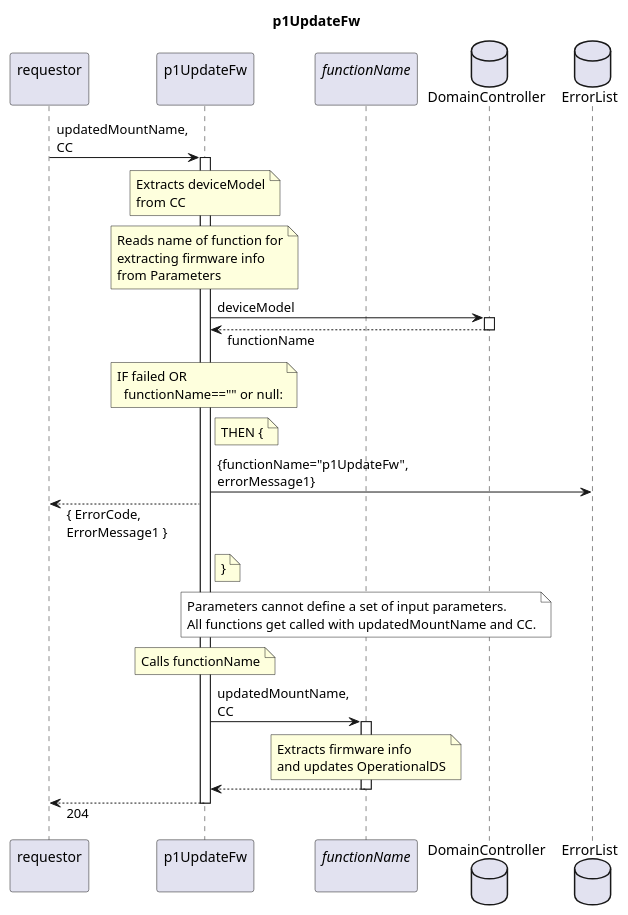
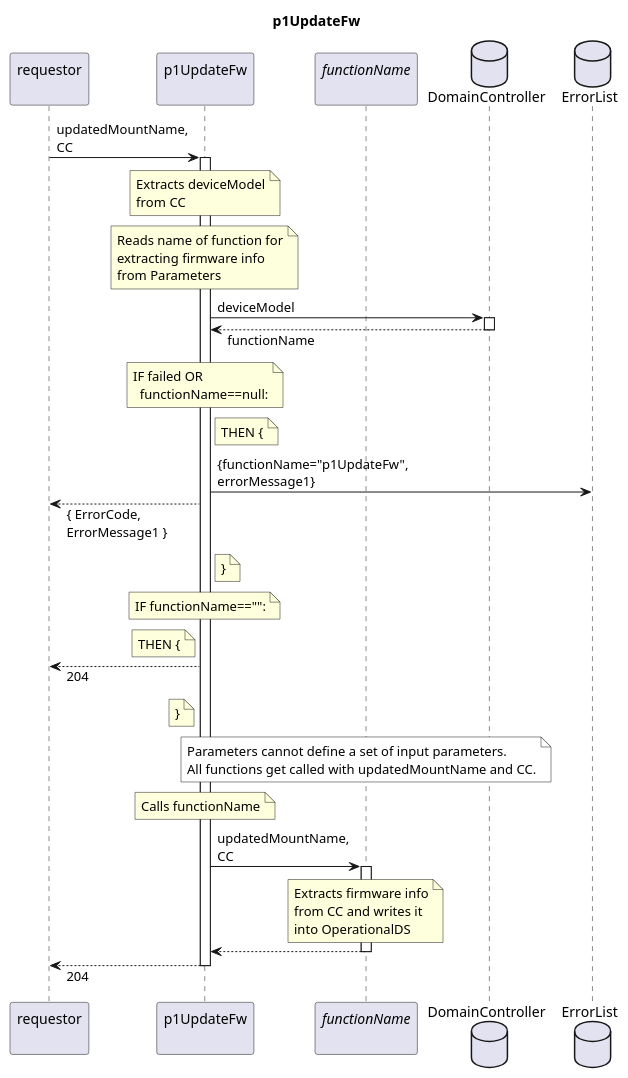
Before and after one commit to openBackhaul/FirmWareManager: the diagram in spec/Functions/Measurement/p1UpdateFw/1.0.0/p1UpdateFw.plantuml, drawn with PlantUML. The commit also changed 23 other files, not shown here.

Commit message:
Add sequence diagrams for deviceModel specific fw

```diff
--- a/spec/Functions/Measurement/p1UpdateFw/1.0.0/p1UpdateFw.plantuml
+++ b/spec/Functions/Measurement/p1UpdateFw/1.0.0/p1UpdateFw.plantuml
@@ -1,65 +1,76 @@
 @startuml p1UpdateFw
 skinparam responseMessageBelowArrow true
 
 title
   p1UpdateFw
 end title
 
 participant "requestor\n" as requestor
 participant "p1UpdateFw\n" as indServ
 participant "<i>functionName</i>\n" as extrFunc
 
 database "DomainController" as DC
 database "ErrorList" as hEL
 
 requestor -> indServ: updatedMountName,\nCC
 activate indServ
 
   note over indServ
     Extracts deviceModel
     from CC
   end note
 
   note over indServ
     Reads name of function for
     extracting firmware info
     from Parameters
   end note
   indServ -> DC: deviceModel
   activate DC
   indServ <-- DC: functionName
   deactivate DC
   note over indServ
     IF failed OR 
-      functionName=="" or null:
+      functionName==null:
   end note
   note right indServ
     THEN {
   end note
   indServ -> hEL: {functionName="p1UpdateFw",\nerrorMessage1}
   requestor <-- indServ: { ErrorCode,\nErrorMessage1 }
   note right indServ
+    }
+  end note
+  note over indServ
+    IF functionName=="":
+  end note
+  note left indServ
+    THEN {
+  end note
+  requestor <-- indServ: 204
+  note left indServ
     }
   end note
 
   note over extrFunc #White
     Parameters cannot define a set of input parameters.
     All functions get called with updatedMountName and CC.
   end note
 
   note over indServ
     Calls functionName
   end note
   indServ -> extrFunc: updatedMountName,\nCC
   activate extrFunc
     note over extrFunc
       Extracts firmware info
-      and updates OperationalDS
+      from CC and writes it
+      into OperationalDS
     end note
   indServ <-- extrFunc
   deactivate extrFunc
 
 requestor <-- indServ: 204
 deactivate indServ
 
 @enduml
```
